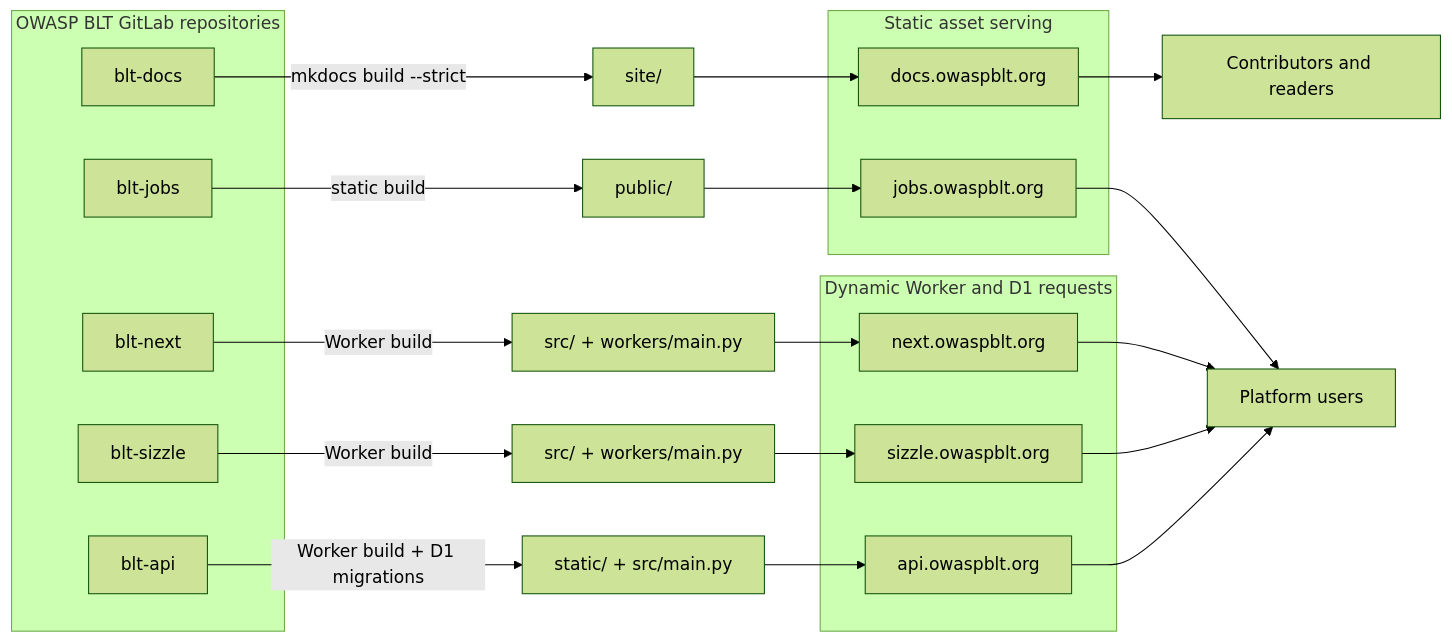
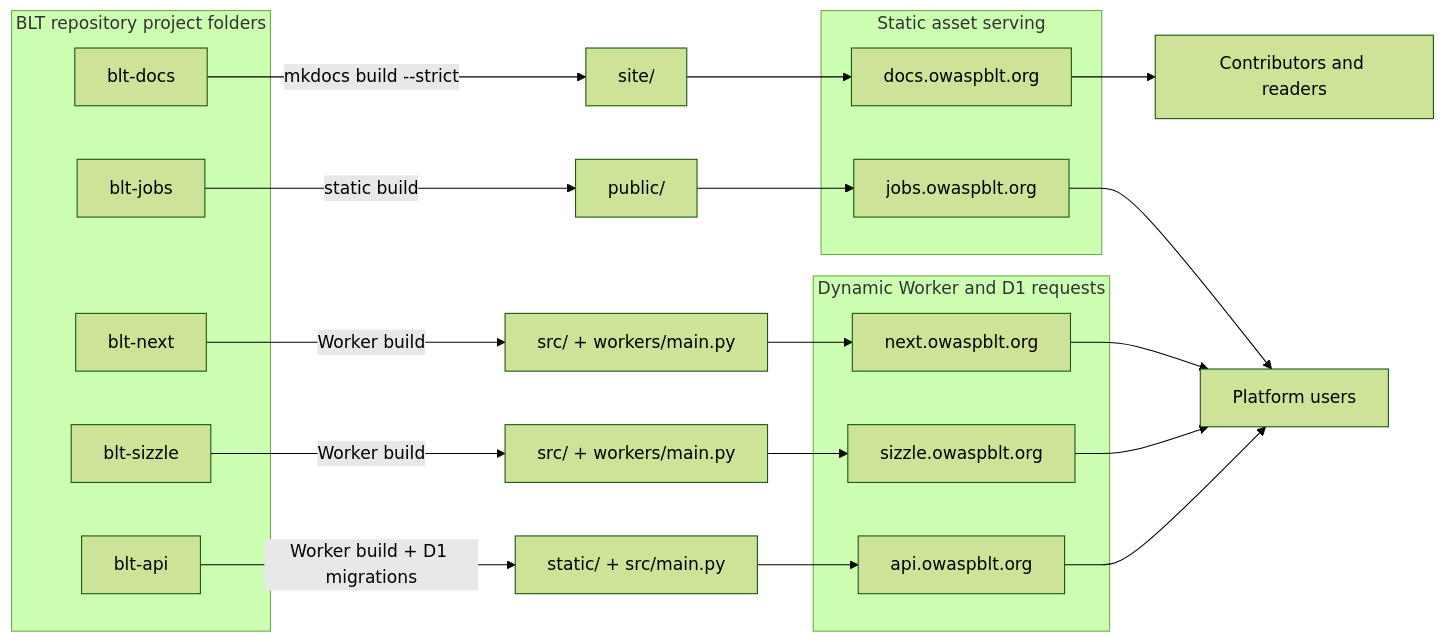
The diagram in blt-docs/docs/developer-guide/platform-architecture.md (OWASP/BLT), drawn with Mermaid (forest theme) before and after one commit. The commit also changed other lines of this file and 372 other files, not shown here.

First line of the commit message:
Use git.owaspblt.org/BLT/<Project> links and reword blt-docs

````diff
--- a/blt-docs/docs/developer-guide/platform-architecture.md
+++ b/blt-docs/docs/developer-guide/platform-architecture.md
@@ -26,39 +26,39 @@
 ```mermaid
 flowchart LR
-    subgraph Repos["OWASP BLT GitLab repositories"]
+    subgraph Repos["BLT repository project folders"]
         DocsRepo["blt-docs"]
         JobsRepo["blt-jobs"]
         NextRepo["blt-next"]
         SizzleRepo["blt-sizzle"]
         APIRepo["blt-api"]
     end
 
     DocsRepo -->|mkdocs build --strict| DocsBuild["site/"]
     JobsRepo -->|static build| JobsBuild["public/"]
     NextRepo -->|Worker build| NextBuild["src/ + workers/main.py"]
     SizzleRepo -->|Worker build| SizzleBuild["src/ + workers/main.py"]
     APIRepo -->|Worker build + D1 migrations| APIBuild["static/ + src/main.py"]
 
     subgraph Static["Static asset serving"]
         DocsDeploy["docs.owaspblt.org"]
         JobsDeploy["jobs.owaspblt.org"]
     end
 
     subgraph Dynamic["Dynamic Worker and D1 requests"]
         NextDeploy["next.owaspblt.org"]
         SizzleDeploy["sizzle.owaspblt.org"]
         APIDeploy["api.owaspblt.org"]
     end
 
     DocsBuild --> DocsDeploy
     JobsBuild --> JobsDeploy
     NextBuild --> NextDeploy
     SizzleBuild --> SizzleDeploy
     APIBuild --> APIDeploy
 
     DocsDeploy --> Contributors["Contributors and readers"]
     JobsDeploy --> Users["Platform users"]
     NextDeploy --> Users
     SizzleDeploy --> Users
     APIDeploy --> Users
 ```
````
